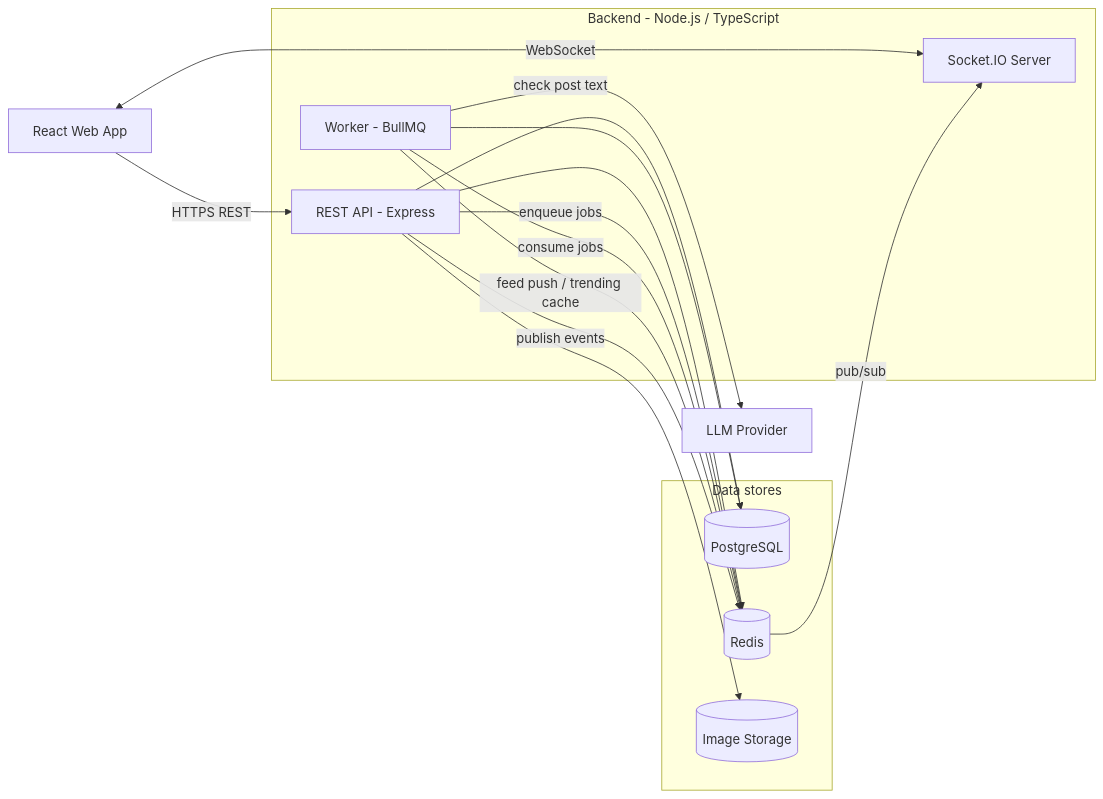
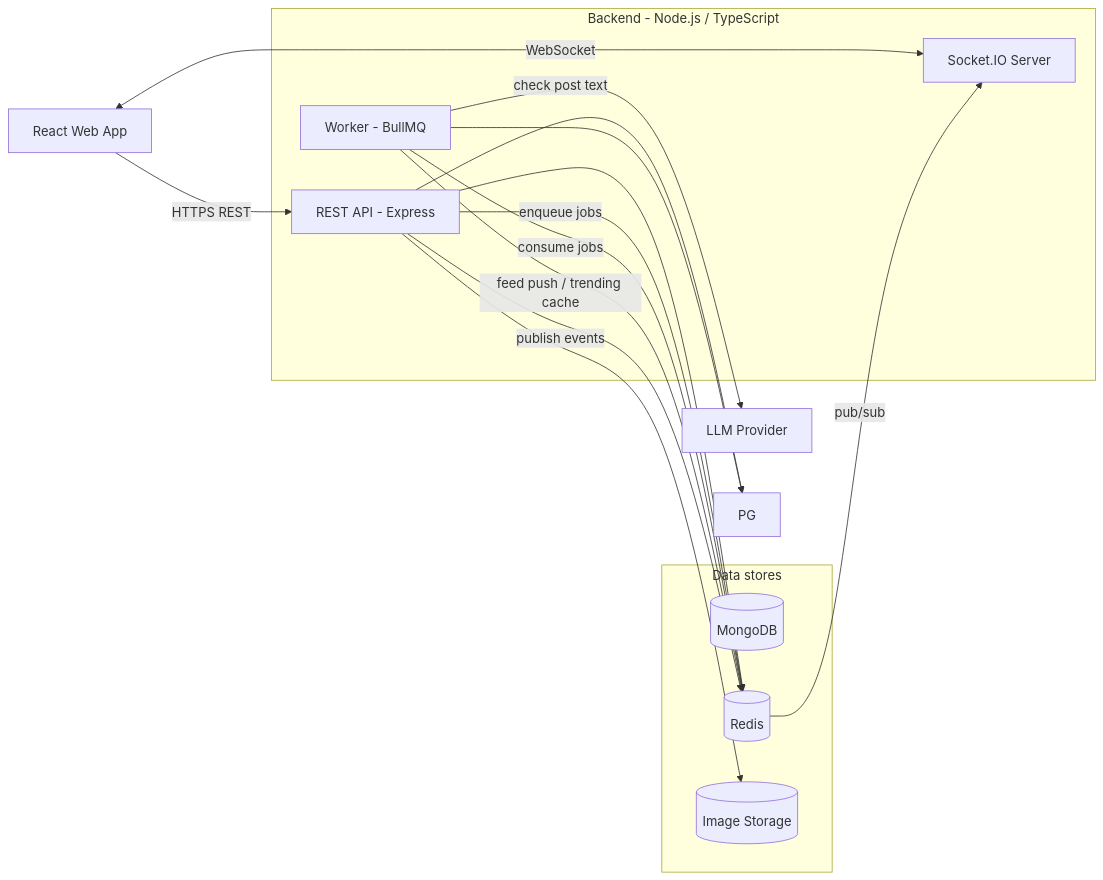
The first of 4 diagrams in docs/ARCHITECTURE.md (PJain7988/Micro_Social_Blogging), drawn with Mermaid before and after one commit. The commit also changed other lines of this file and 7 other files, not shown here.

````diff
--- a/docs/ARCHITECTURE.md
+++ b/docs/ARCHITECTURE.md
@@ -11,28 +11,28 @@
 ```mermaid
 flowchart LR
   W[React Web App]
   subgraph Backend[Backend - Node.js / TypeScript]
     API[REST API - Express]
     WS[Socket.IO Server]
     WK[Worker - BullMQ]
   end
   subgraph Data[Data stores]
-    PG[(PostgreSQL)]
+    M[(MongoDB)]
     R[(Redis)]
     IMG[(Image Storage)]
   end
   LLM[LLM Provider]
 
   W -- HTTPS REST --> API
   W <-- WebSocket --> WS
   API --> PG
   API --> R
   API --> IMG
   API -- enqueue jobs --> R
   WK -- consume jobs --> R
   WK --> PG
   WK -- feed push / trending cache --> R
   WK -- check post text --> LLM
   API -- publish events --> R
   R -- pub/sub --> WS
 ```
````
